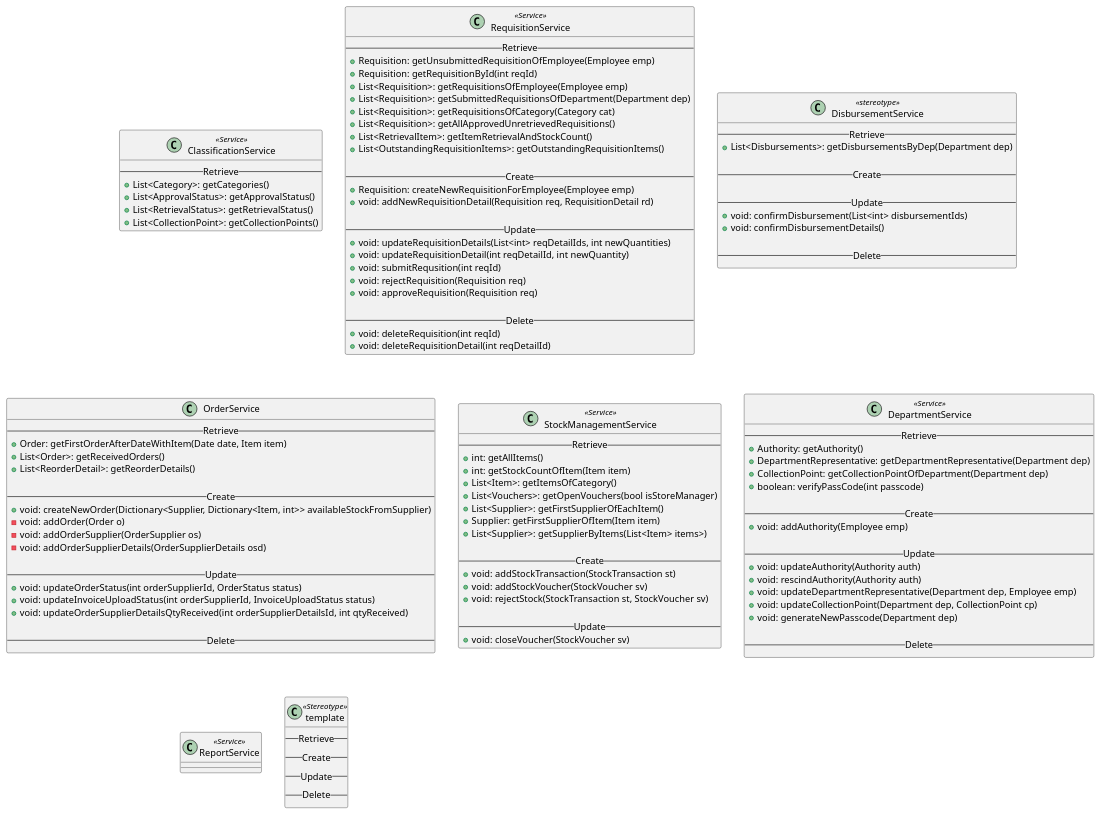
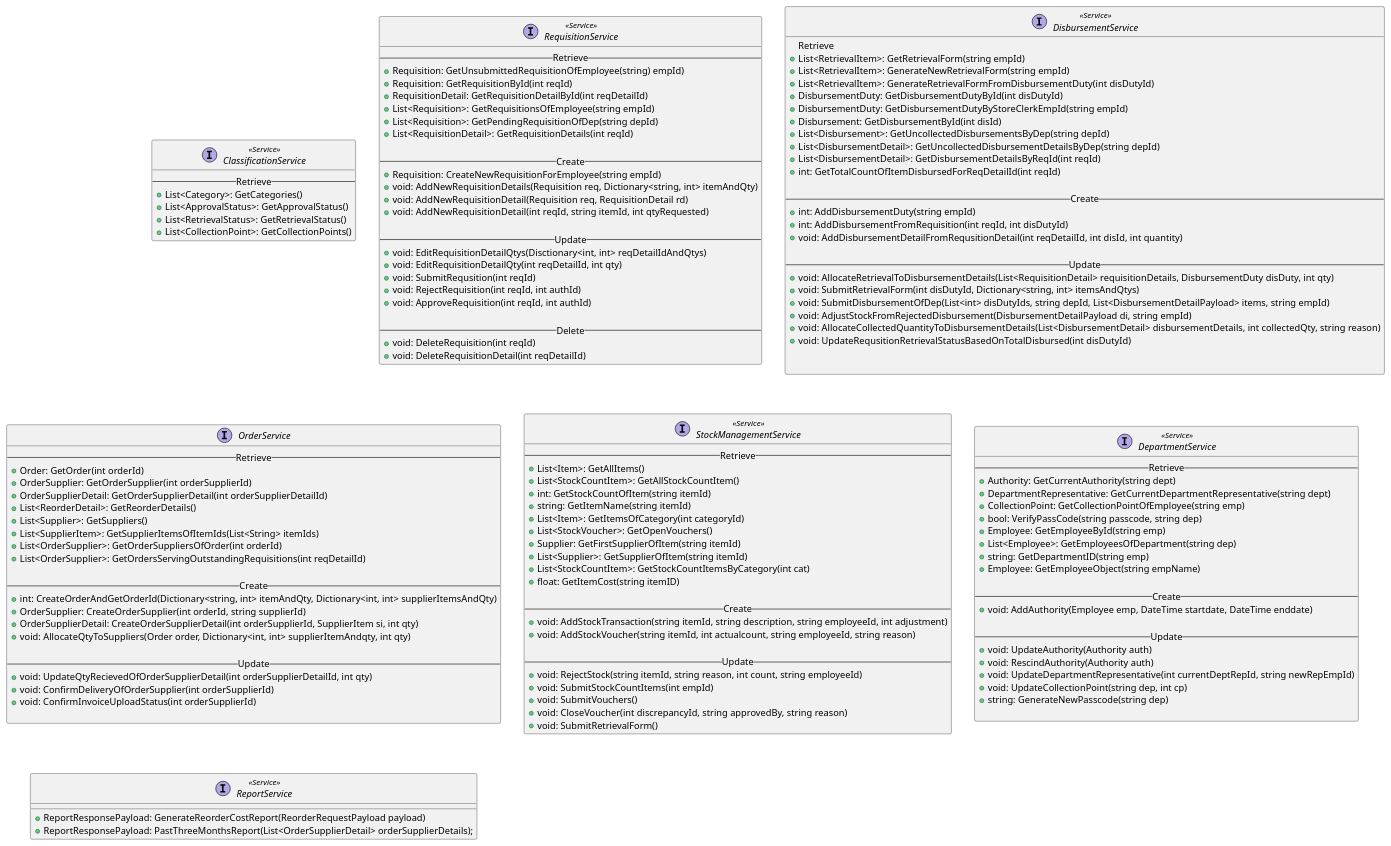
One commit to SA46Team5a/AD---ClassAndSequenceDiagram changed the diagram in Services.wsd. Above: the diagram before and after it, drawn with PlantUML. The commit also changed 1 other file, not shown here.

```diff
--- a/Services.wsd
+++ b/Services.wsd
@@ -8,130 +8,152 @@
 @startuml
-class ClassificationService <<Service>> {
+Interface ClassificationService <<Service>> {
     --Retrieve--
-    +List<Category>: getCategories()
-    +List<ApprovalStatus>: getApprovalStatus()
-    +List<RetrievalStatus>: getRetrievalStatus()
-    +List<CollectionPoint>: getCollectionPoints()
+    +List<Category>: GetCategories()
+    +List<ApprovalStatus>: GetApprovalStatus()
+    +List<RetrievalStatus>: GetRetrievalStatus()
+    +List<CollectionPoint>: GetCollectionPoints()
 }
 
-class RequisitionService <<Service>> {
+Interface RequisitionService <<Service>> {
     --Retrieve--
     ' RequisitionDetails can be retrieved from Requisition object
     ' If no unsubmitted requsition, create new Requisition object for employee
-    +Requisition: getUnsubmittedRequisitionOfEmployee(Employee emp)  
-    +Requisition: getRequisitionById(int reqId)
-    +List<Requisition>: getRequisitionsOfEmployee(Employee emp)
-    +List<Requisition>: getSubmittedRequisitionsOfDepartment(Department dep)
-    +List<Requisition>: getRequisitionsOfCategory(Category cat)
-    +List<Requisition>: getAllApprovedUnretrievedRequisitions()
-    ' Gets data from RetrievalItems View
-    +List<RetrievalItem>: getItemRetrievalAndStockCount()
-    +List<OutstandingRequisitionItems>: getOutstandingRequisitionItems()
-
+    +Requisition: GetUnsubmittedRequisitionOfEmployee(string) empId)  
+    +Requisition: GetRequisitionById(int reqId)
+    +RequisitionDetail: GetRequisitionDetailById(int reqDetailId)
+    +List<Requisition>: GetRequisitionsOfEmployee(string empId)
+    +List<Requisition>: GetPendingRequisitionOfDep(string depId)
+    +List<RequisitionDetail>: GetRequisitionDetails(int reqId)
+    
     --Create--
-    +Requisition: createNewRequisitionForEmployee(Employee emp)
-    +void: addNewRequisitionDetail(Requisition req, RequisitionDetail rd)
+    +Requisition: CreateNewRequisitionForEmployee(string empId)
+    +void: AddNewRequisitionDetails(Requisition req, Dictionary<string, int> itemAndQty)
+    +void: AddNewRequisitionDetail(Requisition req, RequisitionDetail rd)
+    +void: AddNewRequisitionDetail(int reqId, string itemId, int qtyRequested)
 
     --Update--
     ' Loops through list and calls updateRequsitionDetail
-    +void: updateRequisitionDetails(List<int> reqDetailIds, int newQuantities)
-    +void: updateRequisitionDetail(int reqDetailId, int newQuantity)
+    +void: EditRequisitionDetailQtys(Disctionary<int, int> reqDetailIdAndQtys)
+    +void: EditRequisitionDetailQty(int reqDetailId, int qty)
     ' At submit, call createNewRequisitionForEmployee(Employee emp)
-    +void: submitRequsition(int reqId)
-    +void: rejectRequisition(Requisition req)
-    +void: approveRequisition(Requisition req)
+    +void: SubmitRequsition(int reqId)
+    +void: RejectRequisition(int reqId, int authId)
+    +void: ApproveRequisition(int reqId, int authId)
 
     --Delete--
-    +void: deleteRequisition(int reqId)
-    +void: deleteRequisitionDetail(int reqDetailId)
+    +void: DeleteRequisition(int reqId)
+    +void: DeleteRequisitionDetail(int reqDetailId)
 }
 
-class DisbursementService <<stereotype>> {
-    --Retrieve--
-    +List<Disbursements>: getDisbursementsByDep(Department dep)
+Interface DisbursementService <<Service>> {
+    --Retrieve--   
+    +List<RetrievalItem>: GetRetrievalForm(string empId)
+    +List<RetrievalItem>: GenerateNewRetrievalForm(string empId)
+    +List<RetrievalItem>: GenerateRetrievalFormFromDisbursementDuty(int disDutyId)
+    +DisbursementDuty: GetDisbursementDutyById(int disDutyId)
+    +DisbursementDuty: GetDisbursementDutyByStoreClerkEmpId(string empId)
+    +Disbursement: GetDisbursementById(int disId)
+    +List<Disbursement>: GetUncollectedDisbursementsByDep(string depId)
+    +List<DisbursementDetail>: GetUncollectedDisbursementDetailsByDep(string depId)
+    +List<DisbursementDetail>: GetDisbursementDetailsByReqId(int reqId)
+    +int: GetTotalCountOfItemDisbursedForReqDetailId(int reqId)
+   
+    --Create--
+    +int: AddDisbursementDuty(string empId)
+    +int: AddDisbursementFromRequisition(int reqId, int disDutyId)
+    +void: AddDisbursementDetailFromRequsitionDetail(int reqDetailId, int disId, int quantity)
+   
+    --Update--
+    +void: AllocateRetrievalToDisbursementDetails(List<RequisitionDetail> requisitionDetails, DisbursementDuty disDuty, int qty)
+    +void: SubmitRetrievalForm(int disDutyId, Dictionary<string, int> itemsAndQtys)
+    +void: SubmitDisbursementOfDep(List<int> disDutyIds, string depId, List<DisbursementDetailPayload> items, string empId)
+    +void: AdjustStockFromRejectedDisbursement(DisbursementDetailPayload di, string empId)
+    +void: AllocateCollectedQuantityToDisbursementDetails(List<DisbursementDetail> disbursementDetails, int collectedQty, string reason)
+    +void: UpdateRequsitionRetrievalStatusBasedOnTotalDisbursed(int disDutyId)
+   
 
-    --Create--
-
-    --Update--
-    +void: confirmDisbursement(List<int> disbursementIds)
-    ' calls StockManagementService.addStockVoucher if disbursed count and collected count is different
-    +void: confirmDisbursementDetails()
-
-    --Delete--
 }
 
-class OrderService {
+Interface OrderService {
     --Retrieve--
     ' Loops through and calls the second method
-    +Order: getFirstOrderAfterDateWithItem(Date date, Item item)
-    +List<Order>: getReceivedOrders()
-    +List<ReorderDetail>: getReorderDetails()
+    +Order: GetOrder(int orderId)
+    +OrderSupplier: GetOrderSupplier(int orderSupplierId)
+    +OrderSupplierDetail: GetOrderSupplierDetail(int orderSupplierDetailId)
+    +List<ReorderDetail>: GetReorderDetails()
+    +List<Supplier>: GetSuppliers()
+    +List<SupplierItem>: GetSupplierItemsOfItemIds(List<String> itemIds)
+    +List<OrderSupplier>: GetOrderSuppliersOfOrder(int orderId)
+    +List<OrderSupplier>: GetOrdersServingOutstandingRequisitions(int reqDetailId)
 
     --Create--
     ' createNewOrder will call addOrder, addOrderSupplier and addOrderSupplierDetails
-    +void: createNewOrder(Dictionary<Supplier, Dictionary<Item, int>> availableStockFromSupplier)
-    -void: addOrder(Order o)
-    -void: addOrderSupplier(OrderSupplier os)
-    -void: addOrderSupplierDetails(OrderSupplierDetails osd)
+    +int: CreateOrderAndGetOrderId(Dictionary<string, int> itemAndQty, Dictionary<int, int> supplierItemsAndQty)
+    +OrderSupplier: CreateOrderSupplier(int orderId, string supplierId)
+    +OrderSupplierDetail: CreateOrderSupplierDetail(int orderSupplierId, SupplierItem si, int qty)
+    +void: AllocateQtyToSuppliers(Order order, Dictionary<int, int> supplierItemAndqty, int qty)
 
     --Update--
-    +void: updateOrderStatus(int orderSupplierId, OrderStatus status)
-    +void: updateInvoiceUploadStatus(int orderSupplierId, InvoiceUploadStatus status)
-    +void: updateOrderSupplierDetailsQtyReceived(int orderSupplierDetailsId, int qtyReceived)
+    +void: UpdateQtyRecievedOfOrderSupplierDetail(int orderSupplierDetailId, int qty)
+    +void: ConfirmDeliveryOfOrderSupplier(int orderSupplierId)
+    +void: ConfirmInvoiceUploadStatus(int orderSupplierId)
 
-    --Delete--
+   }
+
+Interface StockManagementService <<Service>> {
+    --Retrieve--
+    +List<Item>: GetAllItems()       
+    +List<StockCountItem>: GetAllStockCountItem()      
+    +int: GetStockCountOfItem(string itemId)
+    +string: GetItemName(string itemId)
+    +List<Item>: GetItemsOfCategory(int categoryId)
+    +List<StockVoucher>: GetOpenVouchers()              
+    +Supplier: GetFirstSupplierOfItem(string itemId)     
+    +List<Supplier>: GetSupplierOfItem(string itemId)
+    +List<StockCountItem>: GetStockCountItemsByCategory(int cat)
+    +float: GetItemCost(string itemID)
+
+    --Create--
+    +void: AddStockTransaction(string itemId, string description, string employeeId, int adjustment)
+    +void: AddStockVoucher(string itemId, int actualcount, string employeeId, string reason)
+
+    --Update--
+    +void: RejectStock(string itemId, string reason, int count, string employeeId)
+    +void: SubmitStockCountItems(int empId)
+    +void: SubmitVouchers()
+    +void: CloseVoucher(int discrepancyId, string approvedBy, string reason)
+    +void: SubmitRetrievalForm()
 }
 
-class StockManagementService <<Service>> {
-    --Retrieve--
-    +int: getAllItems()
-    +int: getStockCountOfItem(Item item)
-    +List<Item>: getItemsOfCategory()
-    +List<Vouchers>: getOpenVouchers(bool isStoreManager) 
-    +List<Supplier>: getFirstSupplierOfEachItem()
-    +Supplier: getFirstSupplierOfItem(Item item)
-    +List<Supplier>: getSupplierByItems(List<Item> items>)
-
-    --Create--
-    +void: addStockTransaction(StockTransaction st)
-    +void: addStockVoucher(StockVoucher sv)
-    ' Stock is rejected at disbursement. Insert a stockTransaction to add qty rejected back, and raise a stockVoucher
-    +void: rejectStock(StockTransaction st, StockVoucher sv)
-
-    --Update--
-    +void: closeVoucher(StockVoucher sv)
-}
-
-class DepartmentService <<Service>> {
+Interface DepartmentService <<Service>> {
     --Retrieve--
     ' Get authorised person based on current date
-    +Authority: getAuthority()
-    +DepartmentRepresentative: getDepartmentRepresentative(Department dep)
-    +CollectionPoint: getCollectionPointOfDepartment(Department dep)
-    +boolean: verifyPassCode(int passcode)
+    +Authority: GetCurrentAuthority(string dept)
+    +DepartmentRepresentative: GetCurrentDepartmentRepresentative(string dept)
+    +CollectionPoint: GetCollectionPointOfEmployee(string emp)
+    +bool: VerifyPassCode(string passcode, string dep)
+    +Employee: GetEmployeeById(string emp)
+    +List<Employee>: GetEmployeesOfDepartment(string dep)
+    +string: GetDepartmentID(string emp)
+    +Employee: GetEmployeeObject(string empName)
 
     --Create--
     ' Add emp as Authority with start and end date, and add Dep Head with start date = emp end date + 1
-    +void: addAuthority(Employee emp)
+    +void: AddAuthority(Employee emp, DateTime startdate, DateTime enddate)
 
     --Update--
-    +void: updateAuthority(Authority auth)
-    +void: rescindAuthority(Authority auth)
-    +void: updateDepartmentRepresentative(Department dep, Employee emp)
-    +void: updateCollectionPoint(Department dep, CollectionPoint cp)
-    +void: generateNewPasscode(Department dep)
+    +void: UpdateAuthority(Authority auth)
+    +void: RescindAuthority(Authority auth)
+    +void: UpdateDepartmentRepresentative(int currentDeptRepId, string newRepEmpId)
+    +void: UpdateCollectionPoint(string dep, int cp)
+    +string: GenerateNewPasscode(string dep)
 
-    --Delete--
 }
 
-class ReportService <<Service>>{
-    ' To discuss with Khim Yang on how he wants the data to be stuctured
-}
+Interface ReportService <<Service>>{
 
-class template <<Stereotype>> {
-    --Retrieve--
-    --Create--
-    --Update--
-    --Delete--
++ ReportResponsePayload: GenerateReorderCostReport(ReorderRequestPayload payload)
++ ReportResponsePayload: PastThreeMonthsReport(List<OrderSupplierDetail> orderSupplierDetails);
+
 }
 @enduml
```
